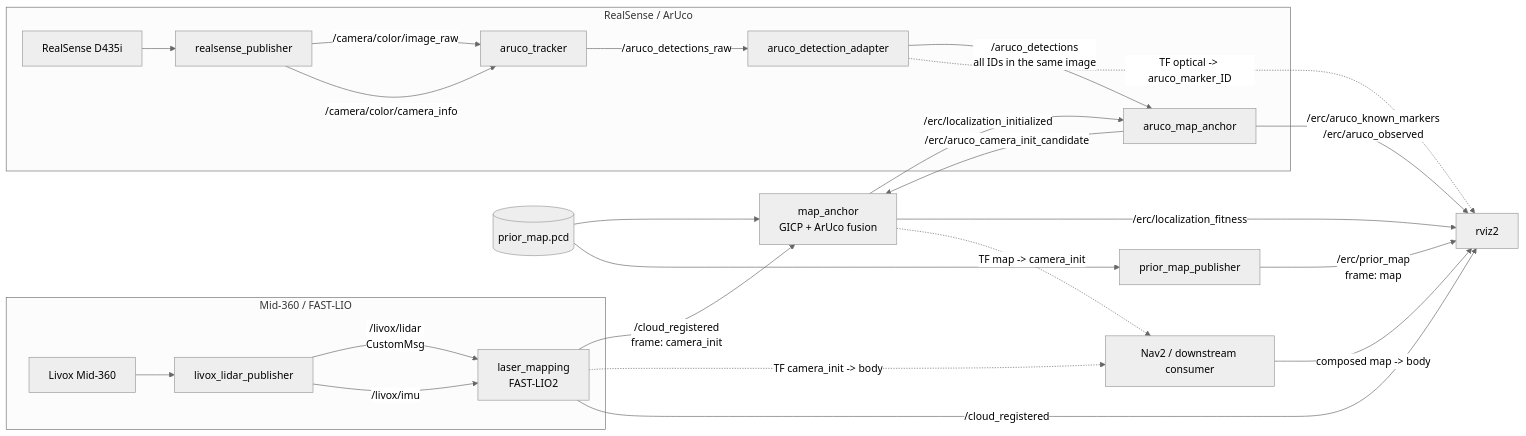
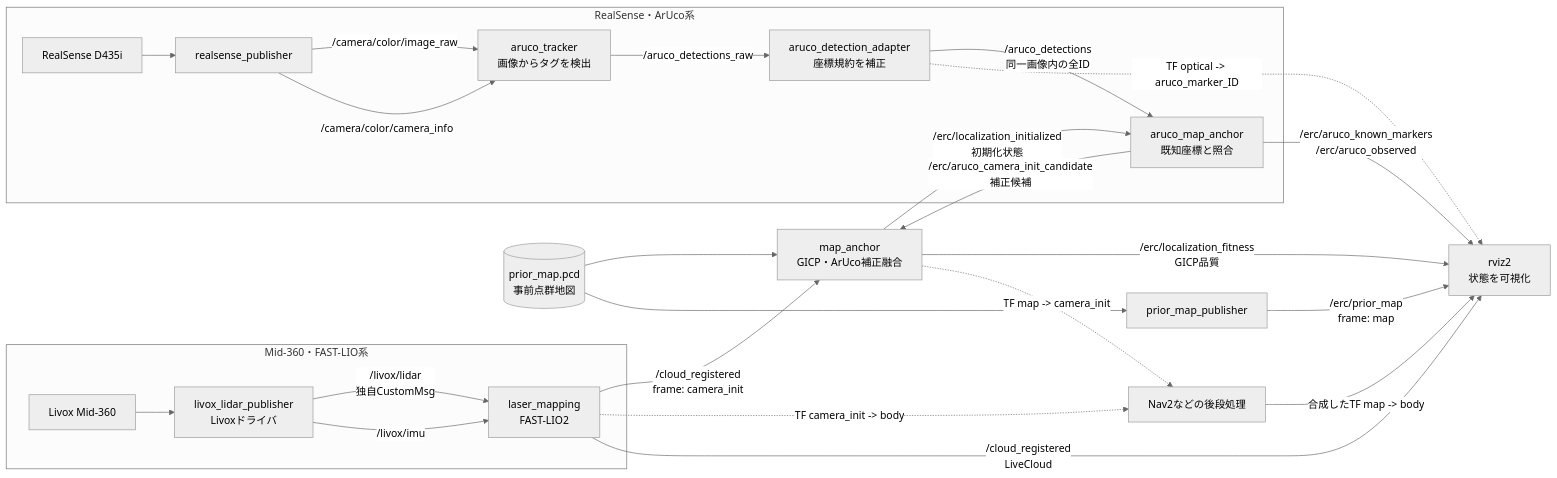
One commit to setomitsumasa/src changed the first of 4 diagrams in doc/erc_localization_graph.md. Above: the diagram before and after it, drawn with Mermaid (neutral theme). The commit also changed other lines of this file and 2 other files, not shown here.

Commit message:
Document ERC localization in Japanese

````diff
--- a/doc/erc_localization_graph.md
+++ b/doc/erc_localization_graph.md
@@ -19,46 +84,46 @@
 ```mermaid
 flowchart LR
-  subgraph LiDAR["Mid-360 / FAST-LIO"]
+  subgraph LiDAR["Mid-360・FAST-LIO系"]
     M360["Livox Mid-360"]
-    LIV["livox_lidar_publisher"]
+    LIV["livox_lidar_publisher<br/>Livoxドライバ"]
     FLIO["laser_mapping<br/>FAST-LIO2"]
     M360 --> LIV
-    LIV -- "/livox/lidar<br/>CustomMsg" --> FLIO
+    LIV -- "/livox/lidar<br/>独自CustomMsg" --> FLIO
     LIV -- "/livox/imu" --> FLIO
   end
 
-  subgraph Camera["RealSense / ArUco"]
+  subgraph Camera["RealSense・ArUco系"]
     D435["RealSense D435i"]
     RS["realsense_publisher"]
-    DET["aruco_tracker"]
-    ADAPT["aruco_detection_adapter"]
-    AANCHOR["aruco_map_anchor"]
+    DET["aruco_tracker<br/>画像からタグを検出"]
+    ADAPT["aruco_detection_adapter<br/>座標規約を補正"]
+    AANCHOR["aruco_map_anchor<br/>既知座標と照合"]
     D435 --> RS
     RS -- "/camera/color/image_raw" --> DET
     RS -- "/camera/color/camera_info" --> DET
     DET -- "/aruco_detections_raw" --> ADAPT
-    ADAPT -- "/aruco_detections<br/>all IDs in the same image" --> AANCHOR
+    ADAPT -- "/aruco_detections<br/>同一画像内の全ID" --> AANCHOR
   end
 
-  PCD[("prior_map.pcd")]
-  MAPANCHOR["map_anchor<br/>GICP + ArUco fusion"]
+  PCD[("prior_map.pcd<br/>事前点群地図")]
+  MAPANCHOR["map_anchor<br/>GICP・ArUco補正融合"]
   PRIORPUB["prior_map_publisher"]
-  RVIZ["rviz2"]
-  NAV["Nav2 / downstream consumer"]
+  RVIZ["rviz2<br/>状態を可視化"]
+  NAV["Nav2などの後段処理"]
 
   FLIO -- "/cloud_registered<br/>frame: camera_init" --> MAPANCHOR
   FLIO -. "TF camera_init -> body" .-> NAV
   PCD --> MAPANCHOR
   PCD --> PRIORPUB
   PRIORPUB -- "/erc/prior_map<br/>frame: map" --> RVIZ
 
-  AANCHOR -- "/erc/aruco_camera_init_candidate" --> MAPANCHOR
-  MAPANCHOR -- "/erc/localization_initialized" --> AANCHOR
-  MAPANCHOR -- "/erc/localization_fitness" --> RVIZ
+  AANCHOR -- "/erc/aruco_camera_init_candidate<br/>補正候補" --> MAPANCHOR
+  MAPANCHOR -- "/erc/localization_initialized<br/>初期化状態" --> AANCHOR
+  MAPANCHOR -- "/erc/localization_fitness<br/>GICP品質" --> RVIZ
   MAPANCHOR -. "TF map -> camera_init" .-> NAV
-  FLIO -- "/cloud_registered" --> RVIZ
+  FLIO -- "/cloud_registered<br/>LiveCloud" --> RVIZ
 
   ADAPT -. "TF optical -> aruco_marker_ID" .-> RVIZ
   AANCHOR -- "/erc/aruco_known_markers<br/>/erc/aruco_observed" --> RVIZ
-  NAV -- "composed map -> body" --> RVIZ
+  NAV -- "合成したTF map -> body" --> RVIZ
 ```
````
